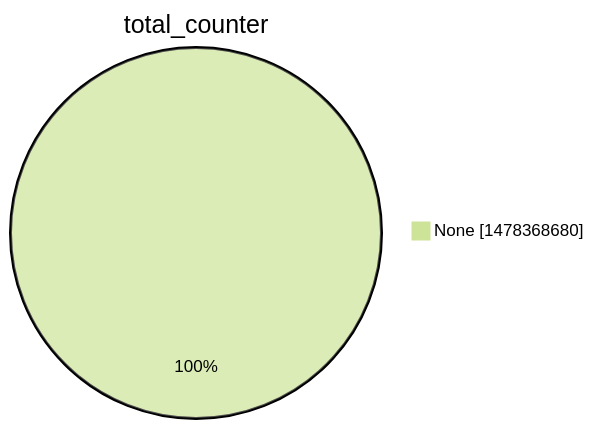
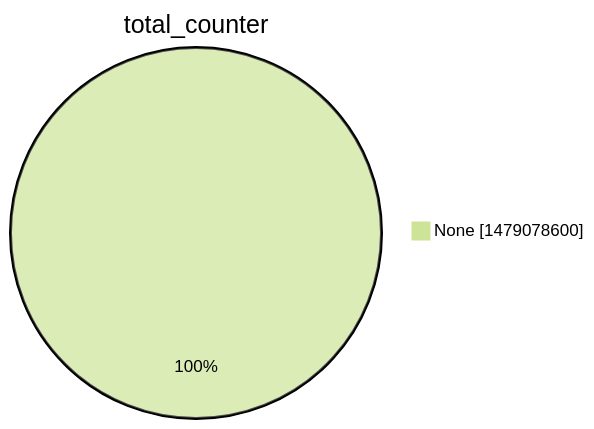
Before and after one commit to christiankrug/ctmonitor_visualization: the second of 15 diagrams in argon2022/README.md, drawn with Mermaid (forest theme). The commit also changed other lines of this file, not shown here.

````diff
--- a/argon2022/README.md
+++ b/argon2022/README.md
@@ -9,5 +9,5 @@
 ```mermaid
 pie showData
 title total_counter
-"None" :1478368680
+"None" :1479078600
 ```
````
